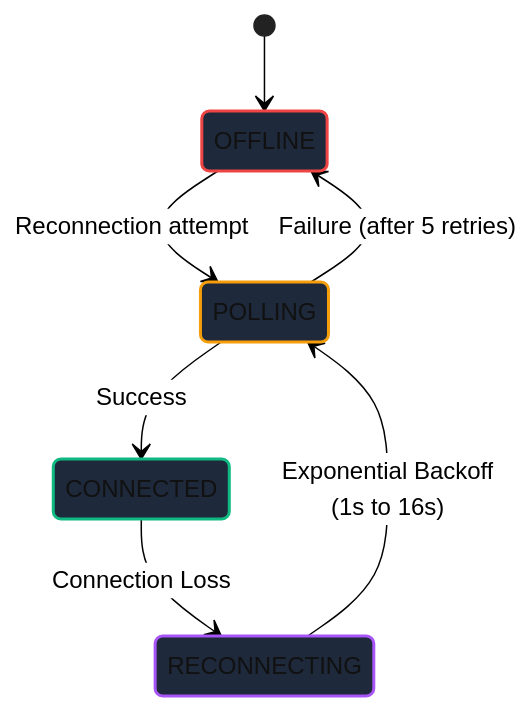
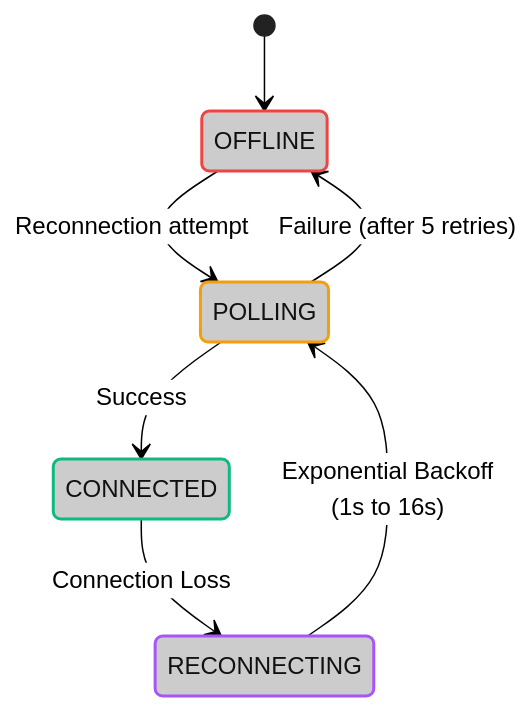
One commit to jango-blockchained/hoox-setup changed the second of 2 diagrams in docs/devops/tui.md. Above: the diagram before and after it, drawn with Mermaid (neutral theme). The commit also changed other lines of this file and 38 other files, not shown here.

````diff
--- a/docs/devops/tui.md
+++ b/docs/devops/tui.md
@@ -54,14 +54,14 @@
 ```mermaid
 stateDiagram-v2
     [*] --> OFFLINE
     OFFLINE --> POLLING : Reconnection attempt
     POLLING --> CONNECTED : Success
     CONNECTED --> RECONNECTING : Connection Loss
     RECONNECTING --> POLLING : Exponential Backoff<br/>(1s to 16s)
     POLLING --> OFFLINE : Failure (after 5 retries)
 
-    style OFFLINE fill:#1e293b,stroke:#ef4444,stroke-width:2
-    style POLLING fill:#1e293b,stroke:#f59e0b,stroke-width:2
-    style CONNECTED fill:#1e293b,stroke:#10b981,stroke-width:2
-    style RECONNECTING fill:#1e293b,stroke:#a855f7,stroke-width:2
+    style OFFLINE fill:#CCCCCC,stroke:#ef4444,stroke-width:2
+    style POLLING fill:#CCCCCC,stroke:#f59e0b,stroke-width:2
+    style CONNECTED fill:#CCCCCC,stroke:#10b981,stroke-width:2
+    style RECONNECTING fill:#CCCCCC,stroke:#a855f7,stroke-width:2
 ```
````
